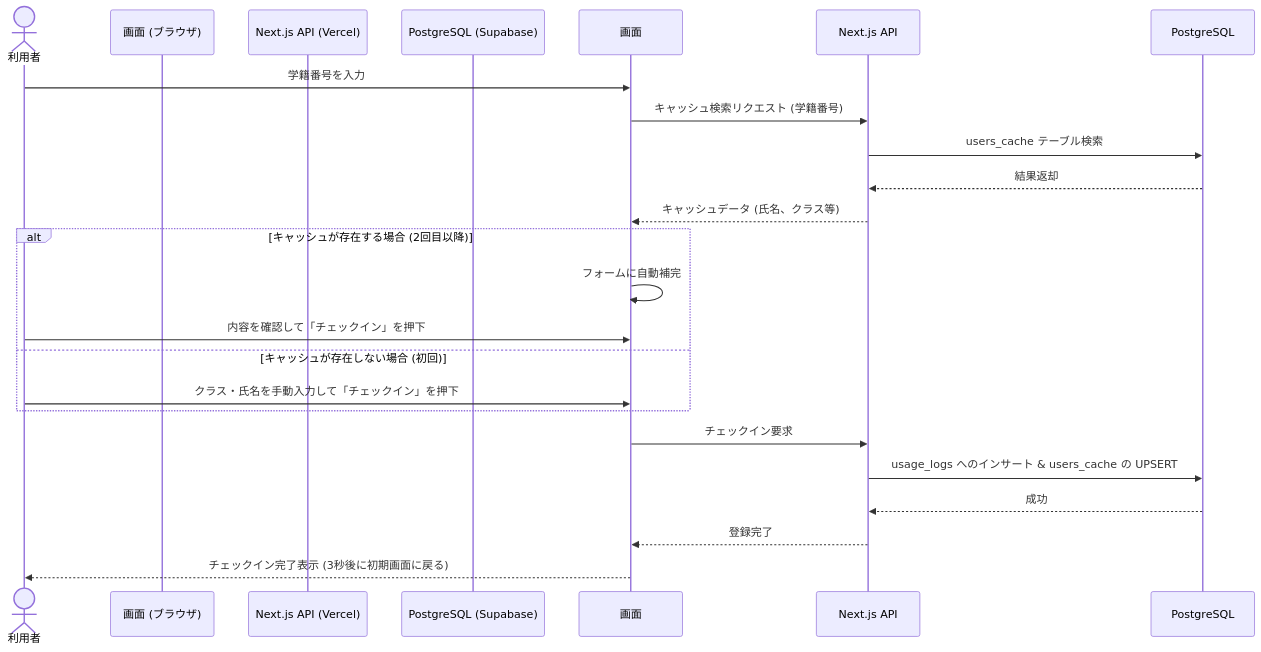
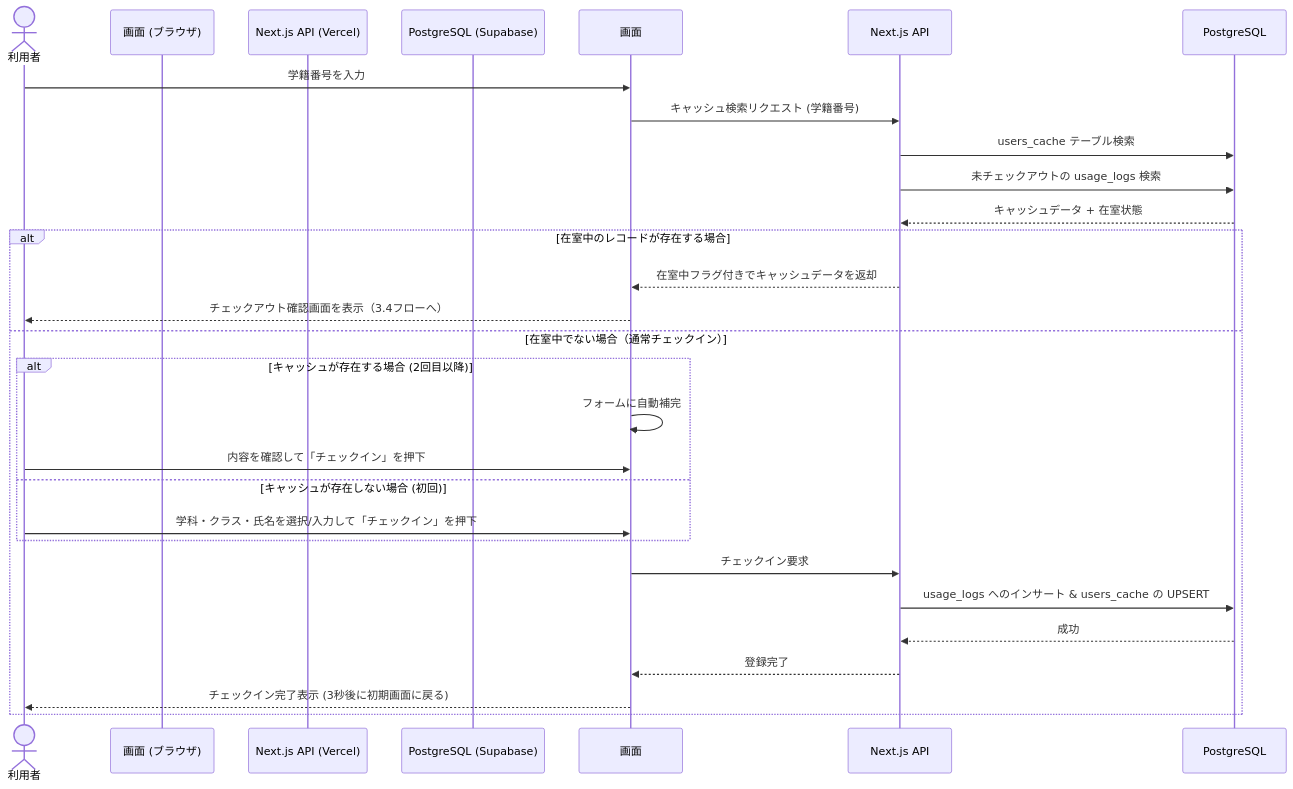
One commit to tachiyu1931-code/gym-reservation changed the first of 5 diagrams in doc/基本設計書.md. Above: the diagram before and after it, drawn with Mermaid. The commit also changed other lines of this file and 23 other files, not shown here.

````diff
--- a/doc/基本設計書.md
+++ b/doc/基本設計書.md
@@ -24,26 +36,30 @@
 ```mermaid
 sequenceDiagram
     actor 利用者
     participant 画面 (ブラウザ)
     participant Next.js API (Vercel)
     participant PostgreSQL (Supabase)
 
     利用者->>画面: 学籍番号を入力
     画面->>Next.js API: キャッシュ検索リクエスト (学籍番号)
     Next.js API->>PostgreSQL: users_cache テーブル検索
-    PostgreSQL-->>Next.js API: 結果返却
-    Next.js API-->>画面: キャッシュデータ (氏名、クラス等)
+    Next.js API->>PostgreSQL: 未チェックアウトの usage_logs 検索
+    PostgreSQL-->>Next.js API: キャッシュデータ + 在室状態
 
-    alt キャッシュが存在する場合 (2回目以降)
-        画面->>画面: フォームに自動補完
-        利用者->>画面: 内容を確認して「チェックイン」を押下
-    else キャッシュが存在しない場合 (初回)
-        利用者->>画面: クラス・氏名を手動入力して「チェックイン」を押下
+    alt 在室中のレコードが存在する場合
+        Next.js API-->>画面: 在室中フラグ付きでキャッシュデータを返却
+        画面-->>利用者: チェックアウト確認画面を表示（3.4フローへ）
+    else 在室中でない場合（通常チェックイン）
+        alt キャッシュが存在する場合 (2回目以降)
+            画面->>画面: フォームに自動補完
+            利用者->>画面: 内容を確認して「チェックイン」を押下
+        else キャッシュが存在しない場合 (初回)
+            利用者->>画面: 学科・クラス・氏名を選択/入力して「チェックイン」を押下
+        end
+        画面->>Next.js API: チェックイン要求
+        Next.js API->>PostgreSQL: usage_logs へのインサート & users_cache の UPSERT
+        PostgreSQL-->>Next.js API: 成功
+        Next.js API-->>画面: 登録完了
+        画面-->>利用者: チェックイン完了表示 (3秒後に初期画面に戻る)
     end
-
-    画面->>Next.js API: チェックイン要求
-    Next.js API->>PostgreSQL: usage_logs へのインサート & users_cache の UPSERT
-    PostgreSQL-->>Next.js API: 成功
-    Next.js API-->>画面: 登録完了
-    画面-->>利用者: チェックイン完了表示 (3秒後に初期画面に戻る)
 ```
````
